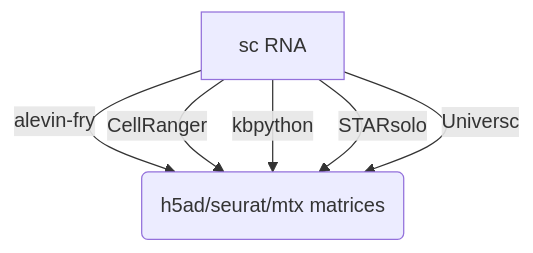
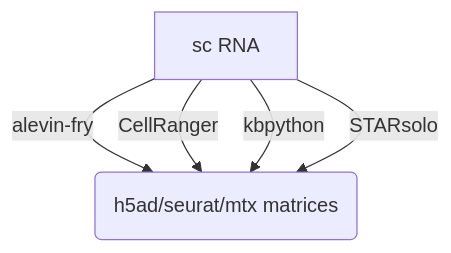
Before and after one commit to nf-core/scrnaseq: the diagram in README.md, drawn with Mermaid. The commit also changed other lines of this file and 17 other files, not shown here.

````diff
--- a/README.md
+++ b/README.md
@@ -79,8 +78,7 @@
 ```mermaid
 graph TD
     A[sc RNA] -->|alevin-fry| B(h5ad/seurat/mtx matrices)
     A[sc RNA] -->|CellRanger| B(h5ad/seurat/mtx matrices)
     A[sc RNA] -->|kbpython| B(h5ad/seurat/mtx matrices)
     A[sc RNA] -->|STARsolo| B(h5ad/seurat/mtx matrices)
-    A[sc RNA] -->|Universc| B(h5ad/seurat/mtx matrices)
 ```
````
